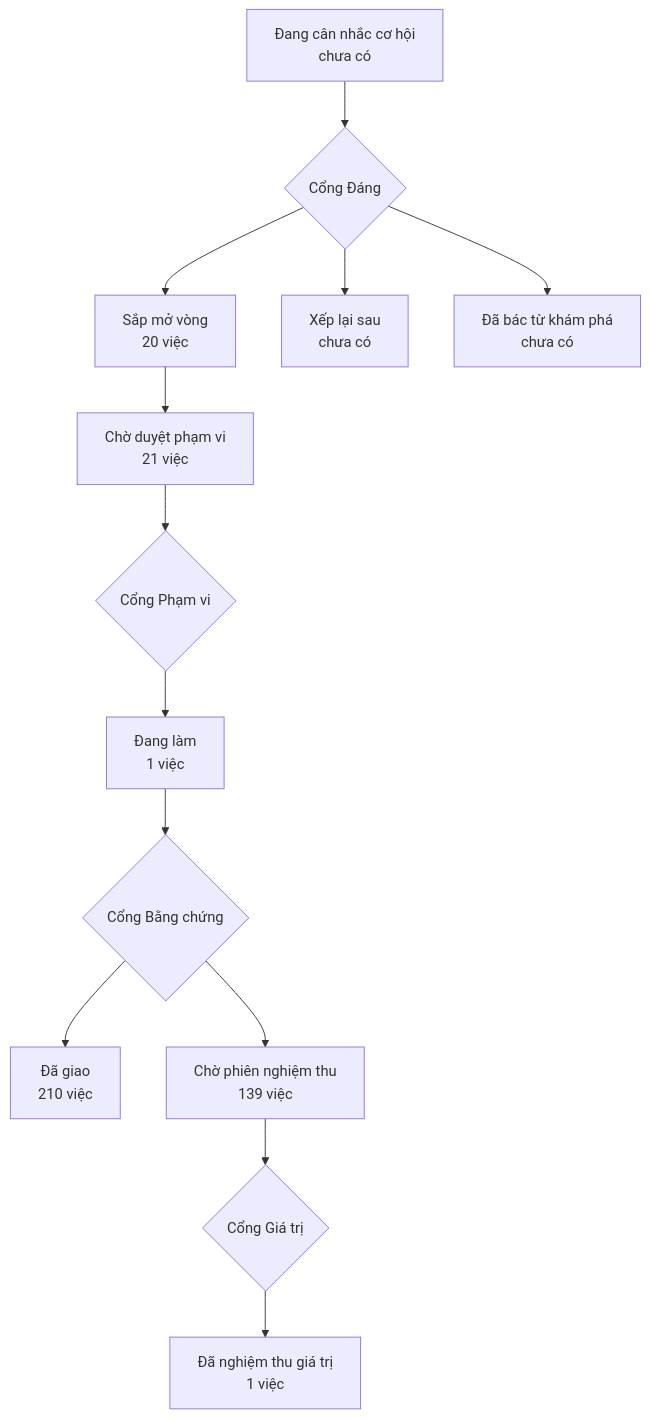
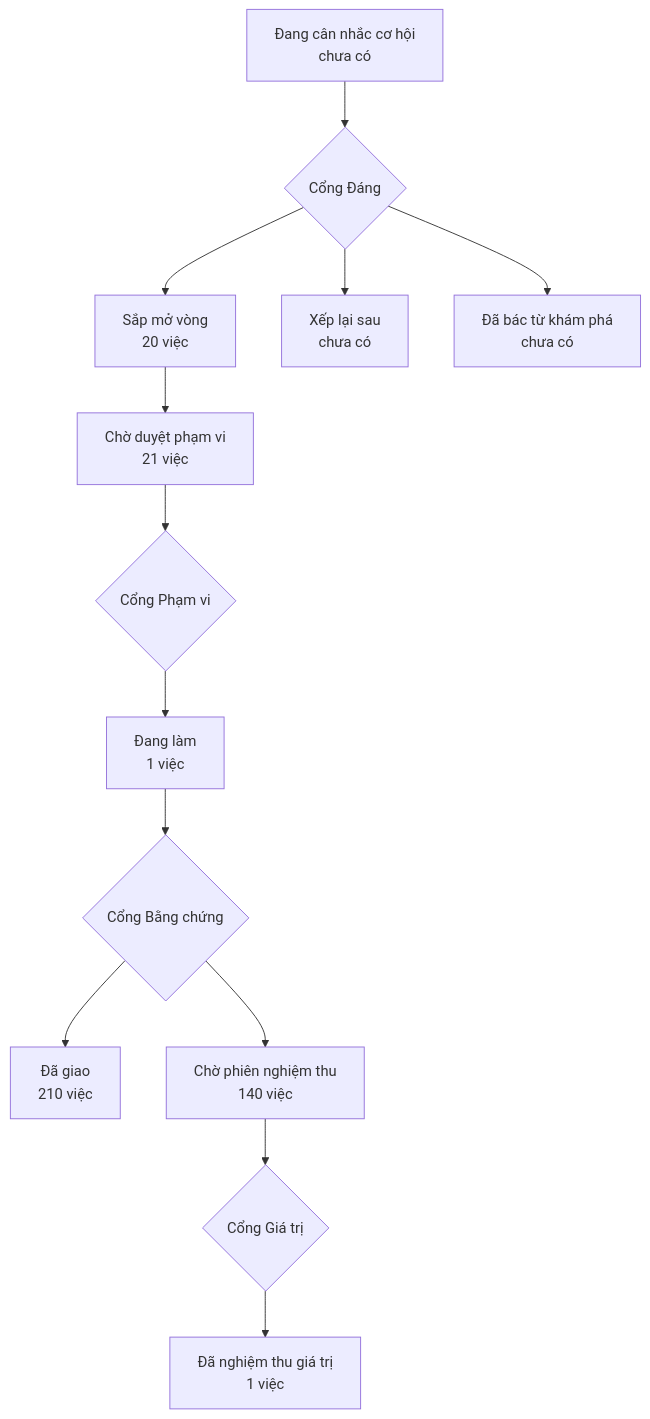
Before and after one commit to phanlemanh/onehub-invest: the diagram in PRODUCT-MAP.md, drawn with Mermaid. The commit also changed other lines of this file and 1 other file, not shown here.

Commit message:
chore(acceptance): vẽ lại PRODUCT-MAP và LO-TRINH sau main db971b8c5

````diff
--- a/PRODUCT-MAP.md
+++ b/PRODUCT-MAP.md
@@ -7,12 +7,12 @@
 ```mermaid
 flowchart TD
   A["Đang cân nhắc cơ hội<br/>chưa có"] --> GD{"Cổng Đáng"}
   GD --> B["Sắp mở vòng<br/>20 việc"]
   GD --> XL["Xếp lại sau<br/>chưa có"]
   GD --> DB["Đã bác từ khám phá<br/>chưa có"]
   B --> CD["Chờ duyệt phạm vi<br/>21 việc"] --> GP{"Cổng Phạm vi"}
   GP --> DL["Đang làm<br/>1 việc"] --> GB{"Cổng Bằng chứng"}
   GB --> DG["Đã giao<br/>210 việc"]
-  GB --> CN["Chờ phiên nghiệm thu<br/>139 việc"] --> GG{"Cổng Giá trị"}
+  GB --> CN["Chờ phiên nghiệm thu<br/>140 việc"] --> GG{"Cổng Giá trị"}
   GG --> NT["Đã nghiệm thu giá trị<br/>1 việc"]
 ```
````
